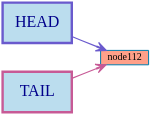
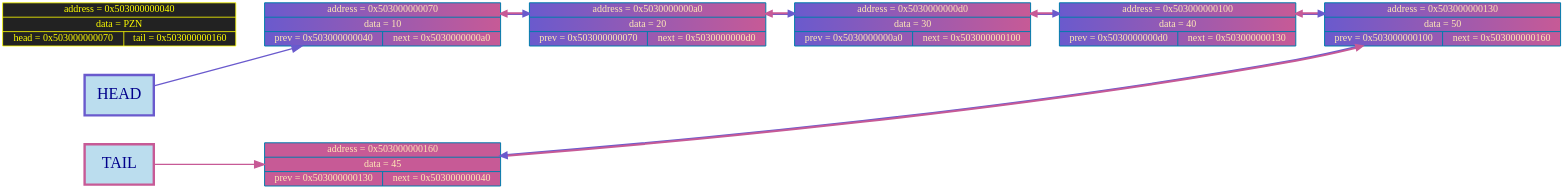
Before and after one commit to timoko3/list: the diagram in graphDumps/graphDump.dot, drawn with Graphviz. The commit also changed 20 other files, not shown here.

```diff
--- a/graphDumps/graphDump.dot
+++ b/graphDumps/graphDump.dot
@@ -1,15 +1,38 @@
 digraph G {
 rankdir=LR
 bgcolor="transparent"
 nodesep = 1;
 ranksep = 1
 	node [shape=record, style="filled", fillcolor="#FFA089", fontcolor="black", color="#007CAD", penwidth=2.5, fontname="Tahoma", fontsize=25];
 
-edge [color="#2d714f", arrowsize=1, penwidth=5, arrowhead="vee", style="bold"];
+node64 [label="address = 0x503000000040 | data = PZN | {head = 0x503000000070 | tail = 0x503000000160} ", shape=record, style="filled", fillcolor="#222222", fontcolor="yellow", color="yellow", penwidth=2];
+	node112 [label="address = 0x503000000070 | data = 10 | {prev = 0x503000000040 | next = 0x5030000000a0} "];
+	node160 [label="address = 0x5030000000a0 | data = 20 | {prev = 0x503000000070 | next = 0x5030000000d0} "];
+	node208 [label="address = 0x5030000000d0 | data = 30 | {prev = 0x5030000000a0 | next = 0x503000000100} "];
+	node256 [label="address = 0x503000000100 | data = 40 | {prev = 0x5030000000d0 | next = 0x503000000130} "];
+	node304 [label="address = 0x503000000130 | data = 50 | {prev = 0x503000000100 | next = 0x503000000160} "];
+	node352 [label="address = 0x503000000160 | data = 45 | {prev = 0x503000000130 | next = 0x503000000040} "];
 
 head_label      [shape=box, width = 2.4, height = 1.4, label="HEAD", style="filled", fillcolor="#BBDDEE", color="#6A5ACD", penwidth = 6,  fontcolor="darkblue", fontsize = 40];
 tail_label      [shape=box, width = 2.4, height = 1.4, label="TAIL", style="filled", fillcolor="#BBDDEE", color="#c75a96ff", penwidth = 6,  fontcolor="darkblue", fontsize = 40];
 head_label      -> node112 [color="#6A5ACD"  , arrowsize=2.5, penwidth=3];
-tail_label      -> node112 [color="#c75a96ff"  , arrowsize=2.5, penwidth=3];
-		
+tail_label      -> node352 [color="#c75a96ff"  , arrowsize=2.5, penwidth=3];
+	node64 -> node112[style=invis, weight = 100000];
+node112 -> node160 -> node208 -> node256 -> node304[style=invis, weight=1000000];
+	node112 [fillcolor = "#6A5ACD:#c75a96ff", fontcolor = "#ffe9b5ff"]
+node160 [fillcolor = "#c75a96ff:#c75a96ff", fontcolor = "#ffe9b5ff"]
+node112 -> node160[color="#6A5ACD:#c75a96ff", arrowsize=1.5, penwidth=5, weight=1000, constraint=false, dir = both];
+node160 [fillcolor = "#6A5ACD:#c75a96ff", fontcolor = "#ffe9b5ff"]
+node208 [fillcolor = "#c75a96ff:#c75a96ff", fontcolor = "#ffe9b5ff"]
+node160 -> node208[color="#6A5ACD:#c75a96ff", arrowsize=1.5, penwidth=5, weight=1000, constraint=false, dir = both];
+node208 [fillcolor = "#6A5ACD:#c75a96ff", fontcolor = "#ffe9b5ff"]
+node256 [fillcolor = "#c75a96ff:#c75a96ff", fontcolor = "#ffe9b5ff"]
+node208 -> node256[color="#6A5ACD:#c75a96ff", arrowsize=1.5, penwidth=5, weight=1000, constraint=false, dir = both];
+node256 [fillcolor = "#6A5ACD:#c75a96ff", fontcolor = "#ffe9b5ff"]
+node304 [fillcolor = "#c75a96ff:#c75a96ff", fontcolor = "#ffe9b5ff"]
+node256 -> node304[color="#6A5ACD:#c75a96ff", arrowsize=1.5, penwidth=5, weight=1000, constraint=false, dir = both];
+node304 [fillcolor = "#6A5ACD:#c75a96ff", fontcolor = "#ffe9b5ff"]
+node352 [fillcolor = "#c75a96ff:#c75a96ff", fontcolor = "#ffe9b5ff"]
+node304 -> node352[color="#6A5ACD:#c75a96ff", arrowsize=1.5, penwidth=5, weight=1000, constraint=false, dir = both];
+
 }
```
